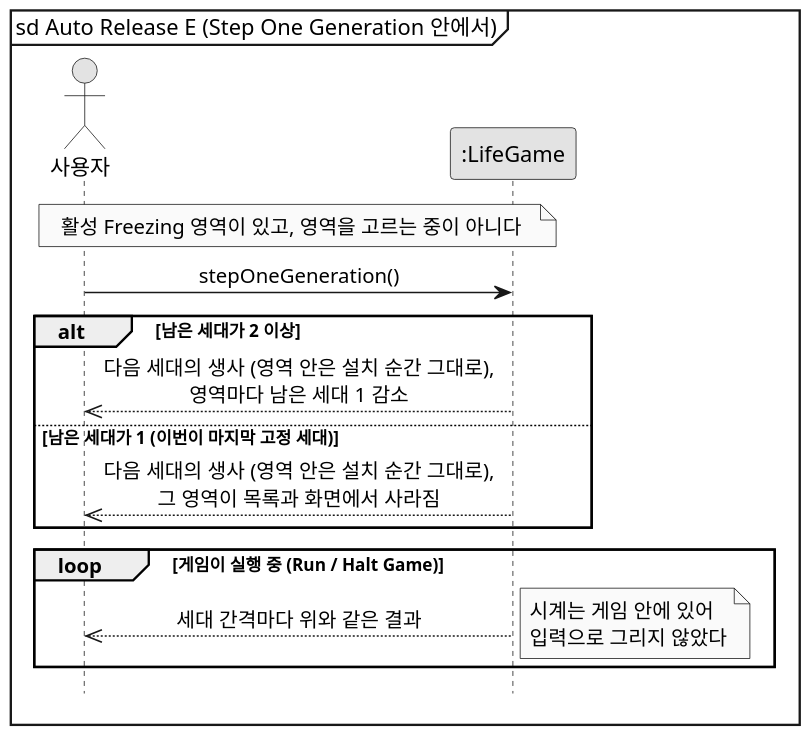
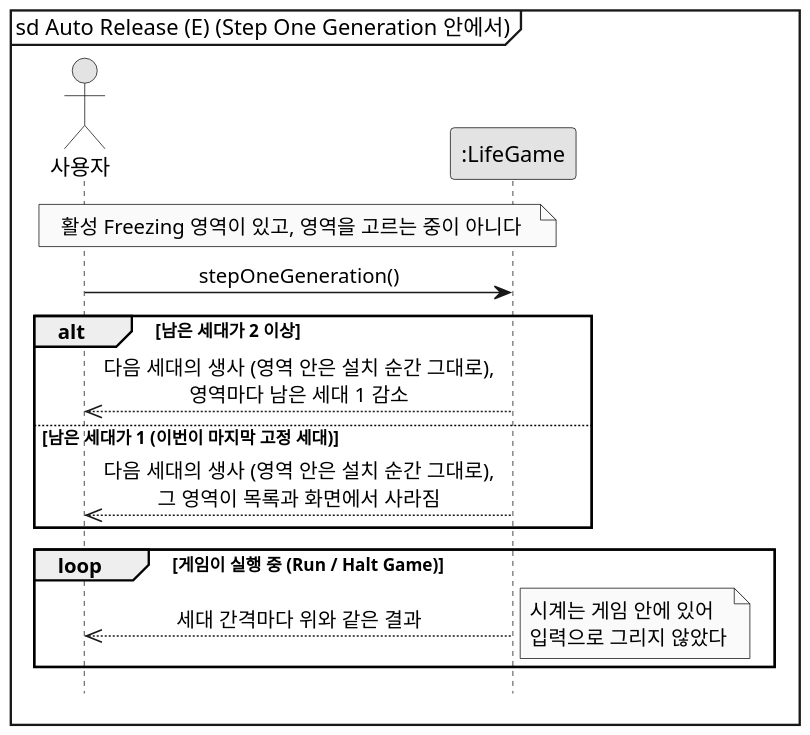
Before and after one commit to mckimR1972/DP_team_project: the diagram in docs/freezing/diagram/ssd-auto-release.puml, drawn with PlantUML. The commit also changed 16 other files, not shown here.

```diff
--- a/docs/freezing/diagram/ssd-auto-release.puml
+++ b/docs/freezing/diagram/ssd-auto-release.puml
@@ -1,26 +1,26 @@
 @startuml ssd-auto-release
 skinparam monochrome true
 skinparam dpi 150
 skinparam shadowing false
 skinparam defaultFontName "Malgun Gothic"
 skinparam sequenceMessageAlign center
 hide footbox
-mainframe sd Auto Release E (Step One Generation 안에서)
+mainframe sd Auto Release (E) (Step One Generation 안에서)
 
 actor "사용자" as User
 participant ":LifeGame" as System
 
 note over User, System : 활성 Freezing 영역이 있고, 영역을 고르는 중이 아니다
 
 User -> System : stepOneGeneration()
 alt 남은 세대가 2 이상
   System -->> User : 다음 세대의 생사 (영역 안은 설치 순간 그대로),\n영역마다 남은 세대 1 감소
 else 남은 세대가 1 (이번이 마지막 고정 세대)
   System -->> User : 다음 세대의 생사 (영역 안은 설치 순간 그대로),\n그 영역이 목록과 화면에서 사라짐
 end
 
 loop 게임이 실행 중 (Run / Halt Game)
   System -->> User : 세대 간격마다 위와 같은 결과
   note right : 시계는 게임 안에 있어\n입력으로 그리지 않았다
 end
 @enduml
```
